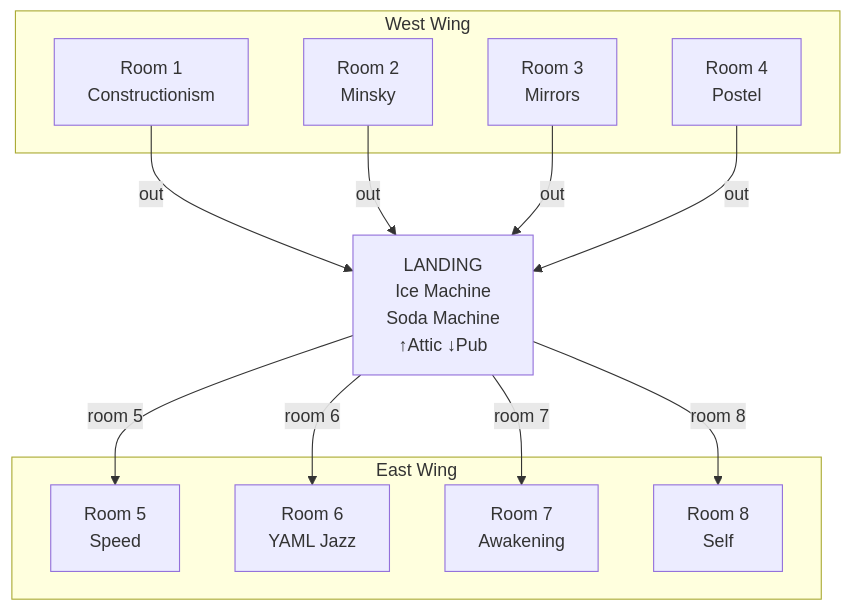
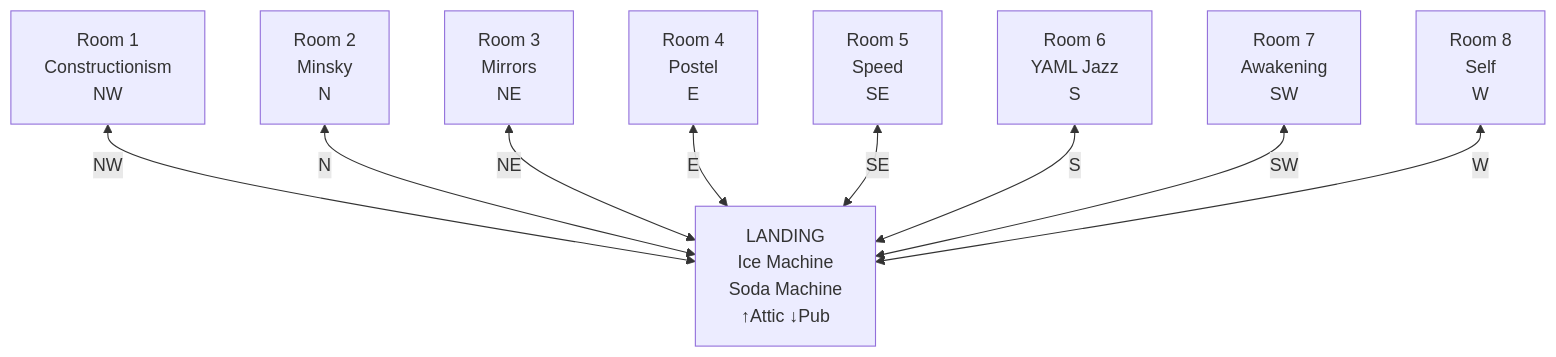
Before and after one commit to SimHacker/moollm: the second of 16 diagrams in examples/adventure-4/characters/real-people/don-hopkins/sessions/world-tour-leela.md, drawn with Mermaid. The commit also changed other lines of this file, not shown here.

````diff
--- a/examples/adventure-4/characters/real-people/don-hopkins/sessions/world-tour-leela.md
+++ b/examples/adventure-4/characters/real-people/don-hopkins/sessions/world-tour-leela.md
@@ -109,27 +128,21 @@
 ```mermaid
 flowchart TB
-    subgraph WEST[West Wing]
-        R1[Room 1<br/>Constructionism]
-        R2[Room 2<br/>Minsky]
-        R3[Room 3<br/>Mirrors]
-        R4[Room 4<br/>Postel]
-    end
-    
+    R2[Room 2<br/>Minsky<br/>N]
+    R1[Room 1<br/>Constructionism<br/>NW]
+    R3[Room 3<br/>Mirrors<br/>NE]
+    R8[Room 8<br/>Self<br/>W]
     HUB[LANDING<br/>Ice Machine<br/>Soda Machine<br/>↑Attic ↓Pub]
-    
-    subgraph EAST[East Wing]
-        R5[Room 5<br/>Speed]
-        R6[Room 6<br/>YAML Jazz]
-        R7[Room 7<br/>Awakening]
-        R8[Room 8<br/>Self]
-    end
-    
-    R1 -->|out| HUB
-    R2 -->|out| HUB
-    R3 -->|out| HUB
-    R4 -->|out| HUB
-    HUB -->|room 5| R5
-    HUB -->|room 6| R6
-    HUB -->|room 7| R7
-    HUB -->|room 8| R8
+    R4[Room 4<br/>Postel<br/>E]
+    R7[Room 7<br/>Awakening<br/>SW]
+    R5[Room 5<br/>Speed<br/>SE]
+    R6[Room 6<br/>YAML Jazz<br/>S]
+
+    R1 <-->|NW| HUB
+    R2 <-->|N| HUB
+    R3 <-->|NE| HUB
+    R4 <-->|E| HUB
+    R5 <-->|SE| HUB
+    R6 <-->|S| HUB
+    R7 <-->|SW| HUB
+    R8 <-->|W| HUB
 ```
````
